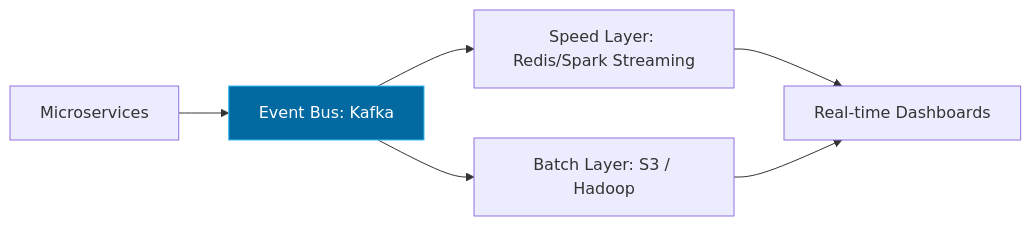
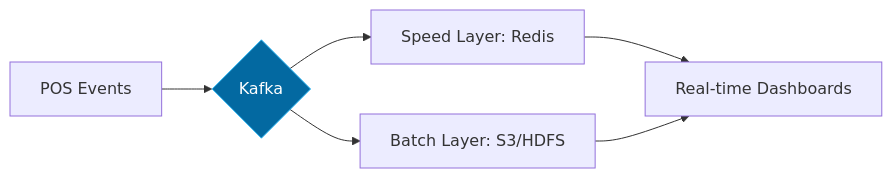
One commit to HecAguilaV/SIGA changed the second of 2 diagrams in docs/technical-room/en/05-PHYSICAL-VIEW.mdx. Above: the diagram before and after it, drawn with Mermaid. The commit also changed other lines of this file and 10 other files, not shown here.

Commit message:
docs(tech-room): finalize 4+1 view model with high-fidelity diagrams and semantic monorepo sync

````diff
--- a/docs/technical-room/en/05-PHYSICAL-VIEW.mdx
+++ b/docs/technical-room/en/05-PHYSICAL-VIEW.mdx
@@ -46,11 +40,11 @@
 ```mermaid
 graph LR
-    Source[Microservices] --> Kafka[Event Bus: Kafka]
-    Kafka --> Speed[Speed Layer: Redis/Spark Streaming]
-    Kafka --> Batch[Batch Layer: S3 / Hadoop]
+    Input[POS Events] --> Kafka{Kafka}
+    Kafka --> Speed[Speed Layer: Redis]
+    Kafka --> Batch[Batch Layer: S3/HDFS]
     
     Speed --> UI[Real-time Dashboards]
     Batch --> UI
 
     style Kafka fill:#0369a1,stroke:#38bdf8,color:#fff
 ```
````
